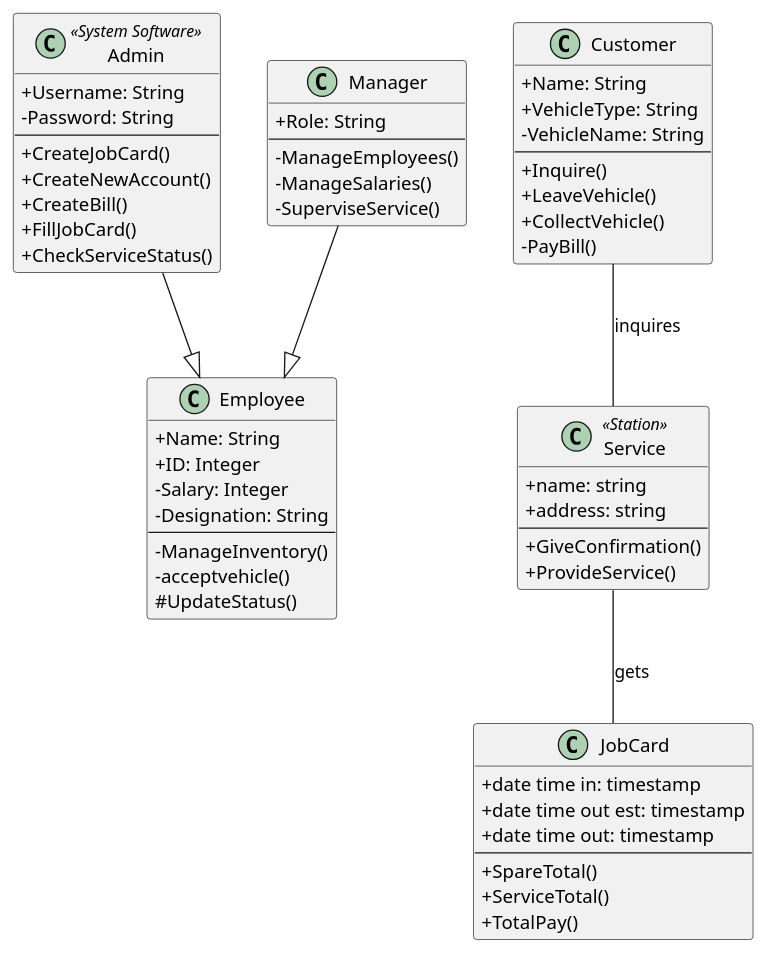
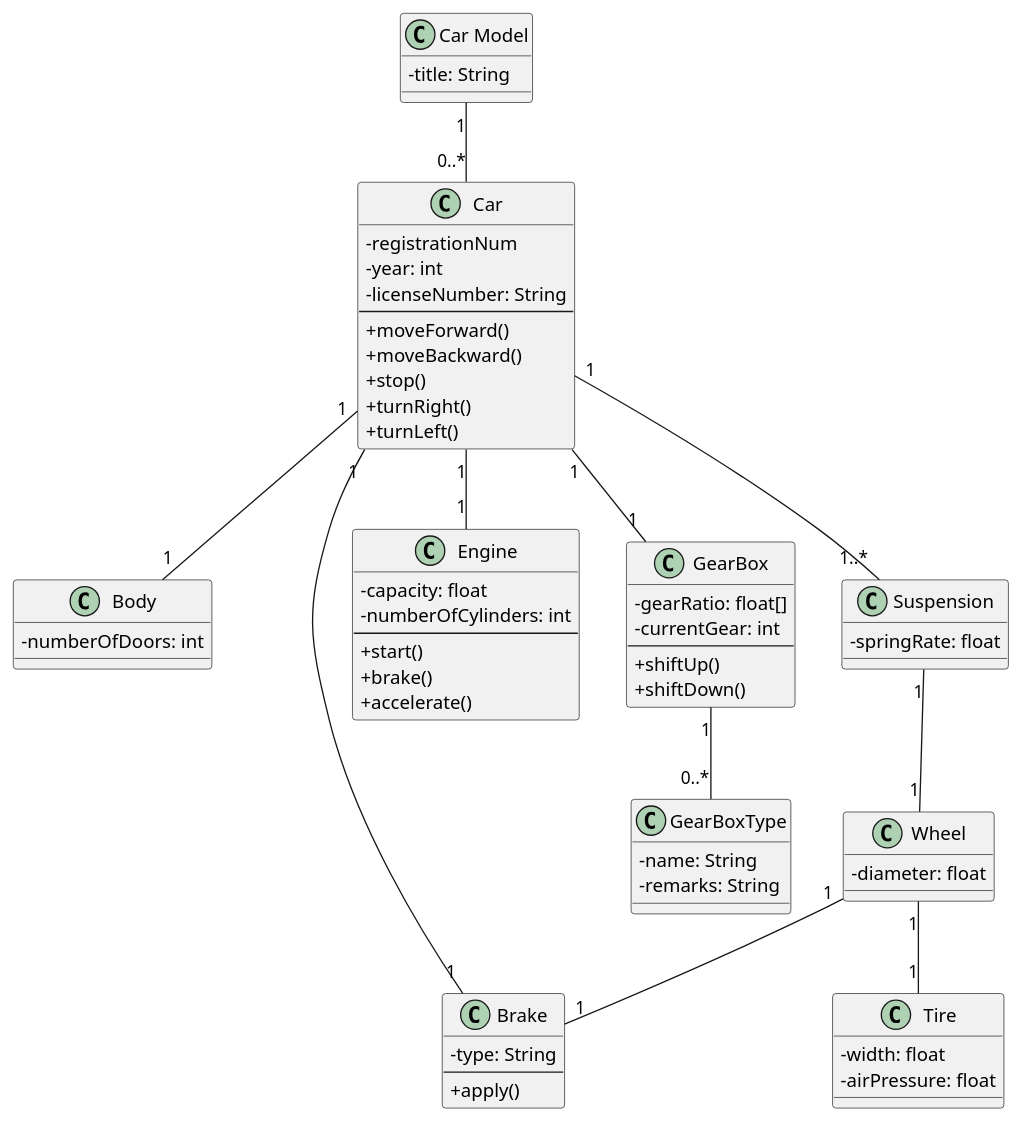
One commit to modular-v8/image-to-puml changed the diagram in docs/examples/class-diagram-standard/output.puml. Above: the diagram before and after it, drawn with PlantUML. The commit also changed 3 other files, not shown here.

```diff
--- a/docs/examples/class-diagram-standard/output.puml
+++ b/docs/examples/class-diagram-standard/output.puml
@@ -1,65 +1,69 @@
 @startuml
-' Generated by uml-regen (model: google/gemma-4-26b-a4b-it)
+' Generated by uml-regen (model: anthropic/claude-opus-5)
 skinparam classAttributeIconSize 0
 
 ' --- Classes ---
-class "Admin" as Admin <<System Software>> {
-  +Username: String
-  -Password: String
+class "Body" as Body {
+  -numberOfDoors: int
+}
+class "Brake" as Brake {
+  -type: String
   --
-  +CreateJobCard()
-  +CreateNewAccount()
-  +CreateBill()
-  +FillJobCard()
-  +CheckServiceStatus()
+  +apply()
 }
-class "Customer" as Customer {
-  +Name: String
-  +VehicleType: String
-  -VehicleName: String
+class "Car" as Car {
+  -registrationNum
+  -year: int
+  -licenseNumber: String
   --
-  +Inquire()
-  +LeaveVehicle()
-  +CollectVehicle()
-  -PayBill()
+  +moveForward()
+  +moveBackward()
+  +stop()
+  +turnRight()
+  +turnLeft()
 }
-class "Employee" as Employee {
-  +Name: String
-  +ID: Integer
-  -Salary: Integer
-  -Designation: String
+class "Car Model" as Car_Model {
+  -title: String
+}
+class "Engine" as Engine {
+  -capacity: float
+  -numberOfCylinders: int
   --
-  -ManageInventory()
-  -acceptvehicle()
-  #UpdateStatus()
+  +start()
+  +brake()
+  +accelerate()
 }
-class "JobCard" as JobCard {
-  +date time in: timestamp
-  +date time out est: timestamp
-  +date time out: timestamp
+class "GearBox" as GearBox {
+  -gearRatio: float[]
+  -currentGear: int
   --
-  +SpareTotal()
-  +ServiceTotal()
-  +TotalPay()
+  +shiftUp()
+  +shiftDown()
 }
-class "Manager" as Manager {
-  +Role: String
-  --
-  -ManageEmployees()
-  -ManageSalaries()
-  -SuperviseService()
+class "GearBoxType" as GearBoxType {
+  -name: String
+  -remarks: String
 }
-class "Service" as Service <<Station>> {
-  +name: string
-  +address: string
-  --
-  +GiveConfirmation()
-  +ProvideService()
+class "Suspension" as Suspension {
+  -springRate: float
+}
+class "Tire" as Tire {
+  -width: float
+  -airPressure: float
+}
+class "Wheel" as Wheel {
+  -diameter: float
 }
 
 ' --- Relationships ---
-Admin --|> Employee
-Customer -- Service : inquires
-Manager --|> Employee
-Service -- JobCard : gets
+Car "1" -- "1" Body
+Car "1" -- "1" Brake
+Car "1" -- "1" Engine
+Car "1" -- "1" GearBox
+Car "1" -- "1..*" Suspension
+Car_Model "1" -- "0..*" Car
+GearBox "1" -- "0..*" GearBoxType
+Suspension "1" -- "1" Wheel
+Wheel "1" -- "1" Brake
+Wheel "1" -- "1" Tire
 @enduml
```
